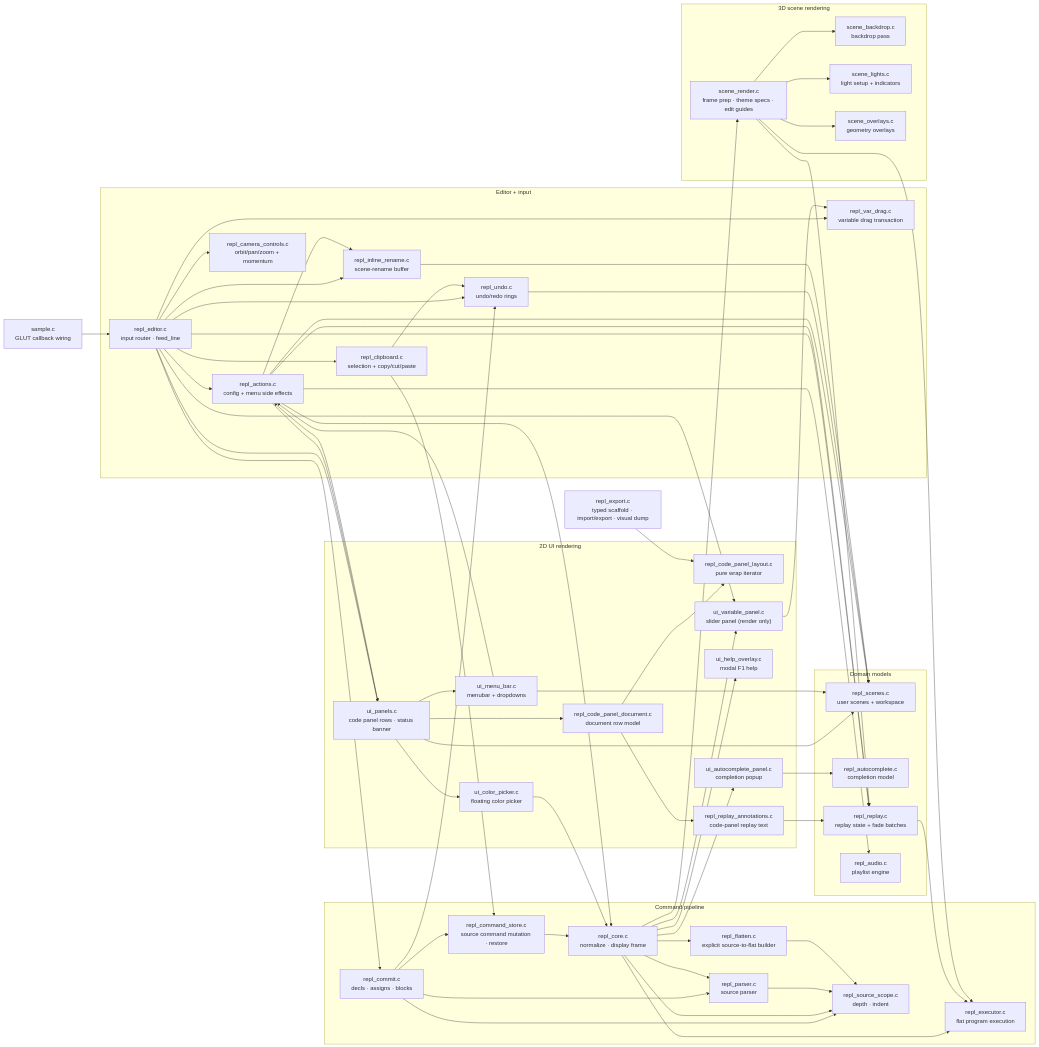
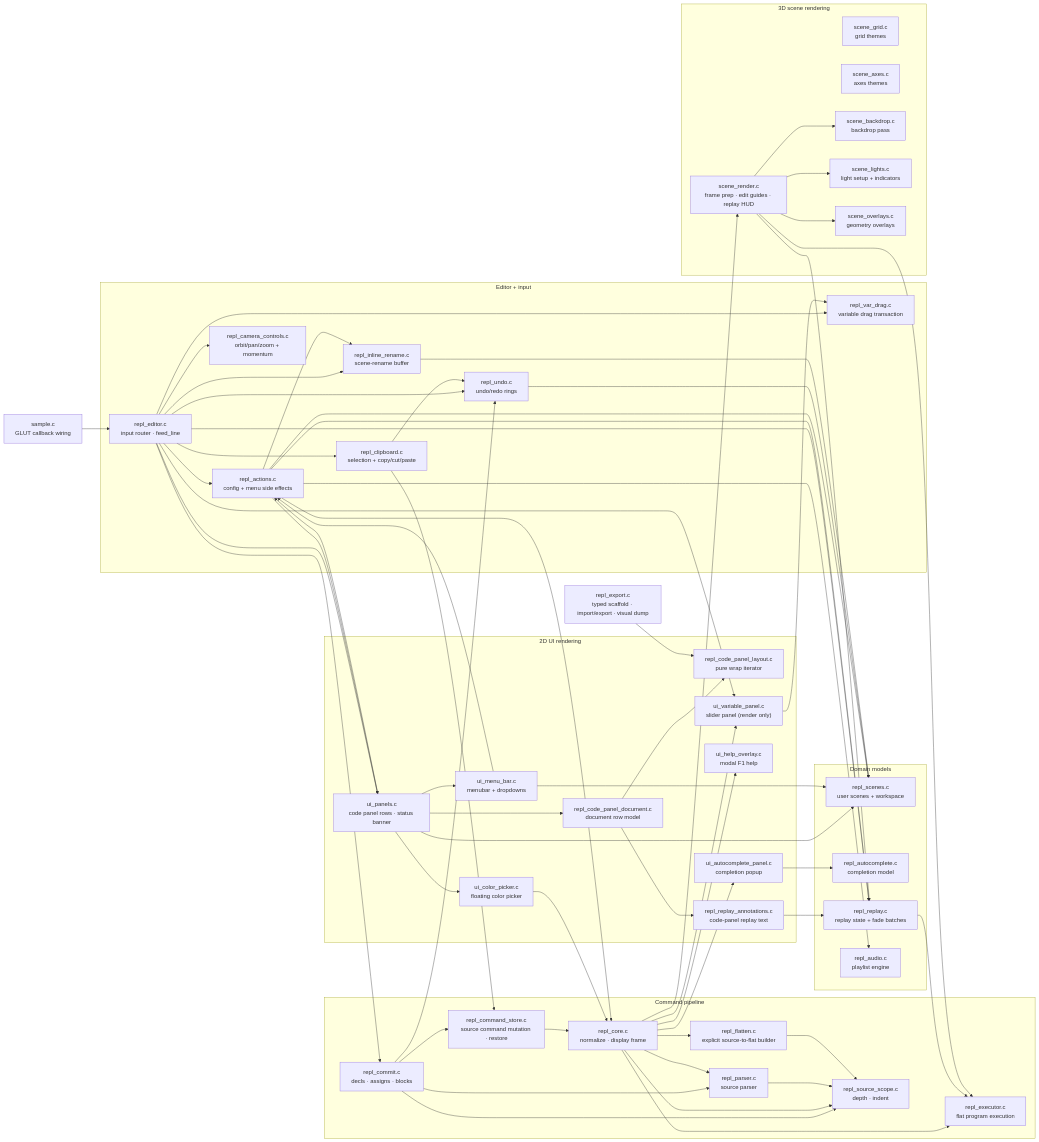
Before and after one commit to drewwoods/gl-repl: the diagram in MODULES.md, drawn with Mermaid. The commit also changed other lines of this file and 12 other files, not shown here.

First line of the commit message:
refactor: split grid and axes renderers into scene modules

```diff
--- a/MODULES.md
+++ b/MODULES.md
@@ -154,7 +156,9 @@
     end
 
     subgraph scene_layer["3D scene rendering"]
-        sceneR["scene_render.c<br/>frame prep · theme specs · edit guides"]
+        sceneR["scene_render.c<br/>frame prep · edit guides · replay HUD"]
+        grid["scene_grid.c<br/>grid themes"]
+        axes["scene_axes.c<br/>axes themes"]
         backdrop["scene_backdrop.c<br/>backdrop pass"]
         lights["scene_lights.c<br/>light setup + indicators"]
         overlays["scene_overlays.c<br/>geometry overlays"]
```
